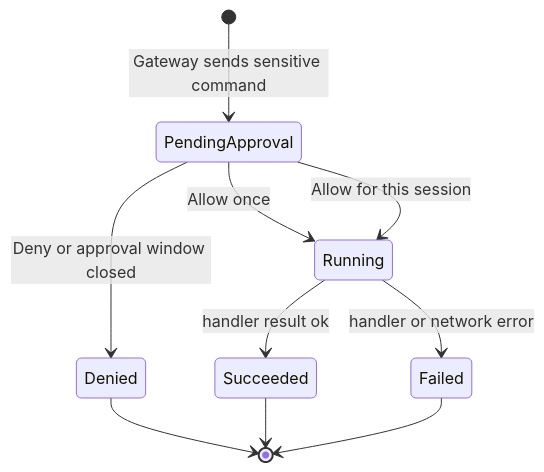
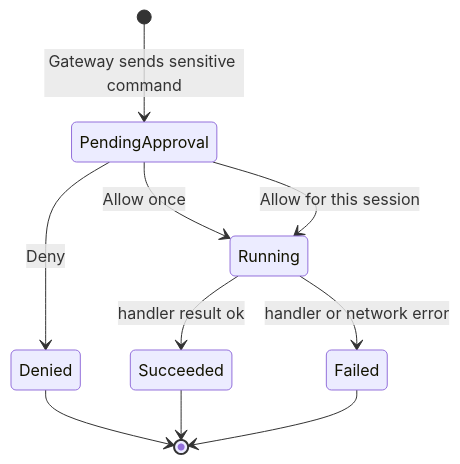
The fifth of 5 diagrams in docs/REMOTECTRL_REPORT.md (AI-WFox/remotectrl-public), drawn with Mermaid before and after one commit. The commit also changed other lines of this file and 24 other files, not shown here.

````diff
--- a/docs/REMOTECTRL_REPORT.md
+++ b/docs/REMOTECTRL_REPORT.md
@@ -731,12 +731,12 @@
 ```mermaid
 stateDiagram-v2
     [*] --> PendingApproval: Gateway sends sensitive command
-    PendingApproval --> Denied: Deny or approval window closed
+    PendingApproval --> Denied: Deny
     PendingApproval --> Running: Allow once
     PendingApproval --> Running: Allow for this session
     Running --> Succeeded: handler result ok
     Running --> Failed: handler or network error
     Succeeded --> [*]
     Denied --> [*]
     Failed --> [*]
 ```
````
